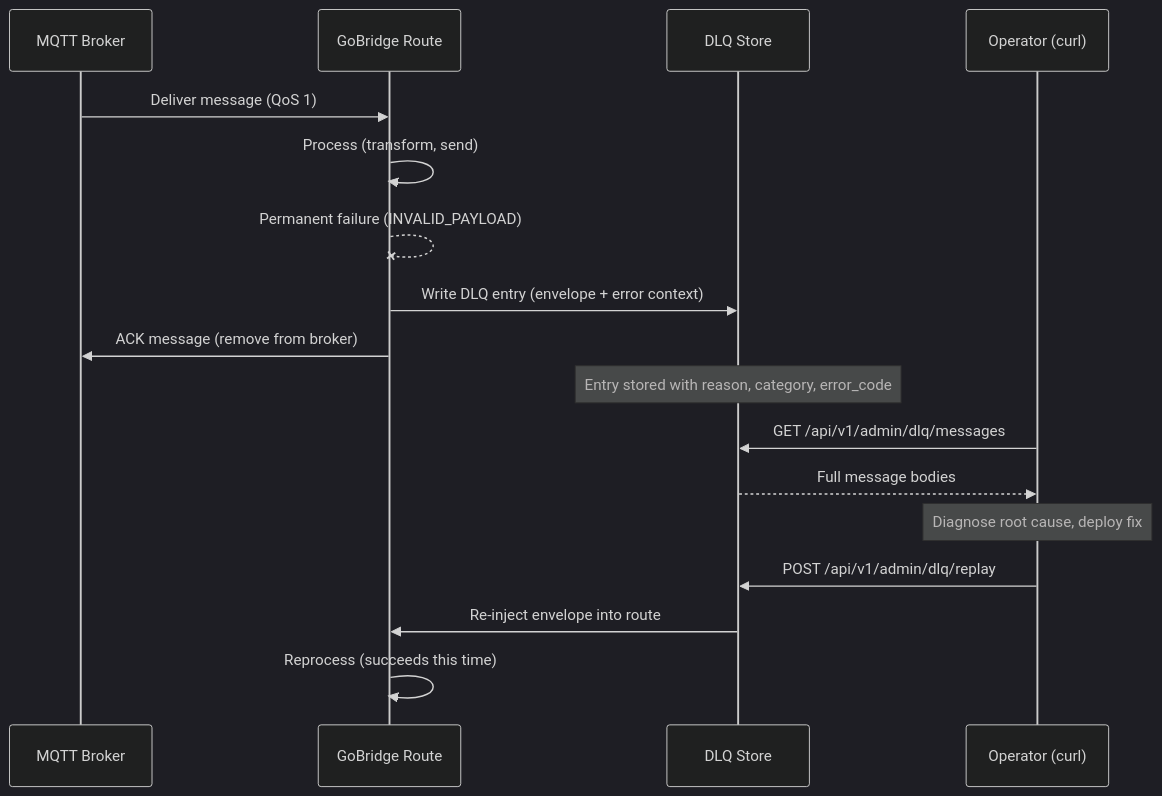
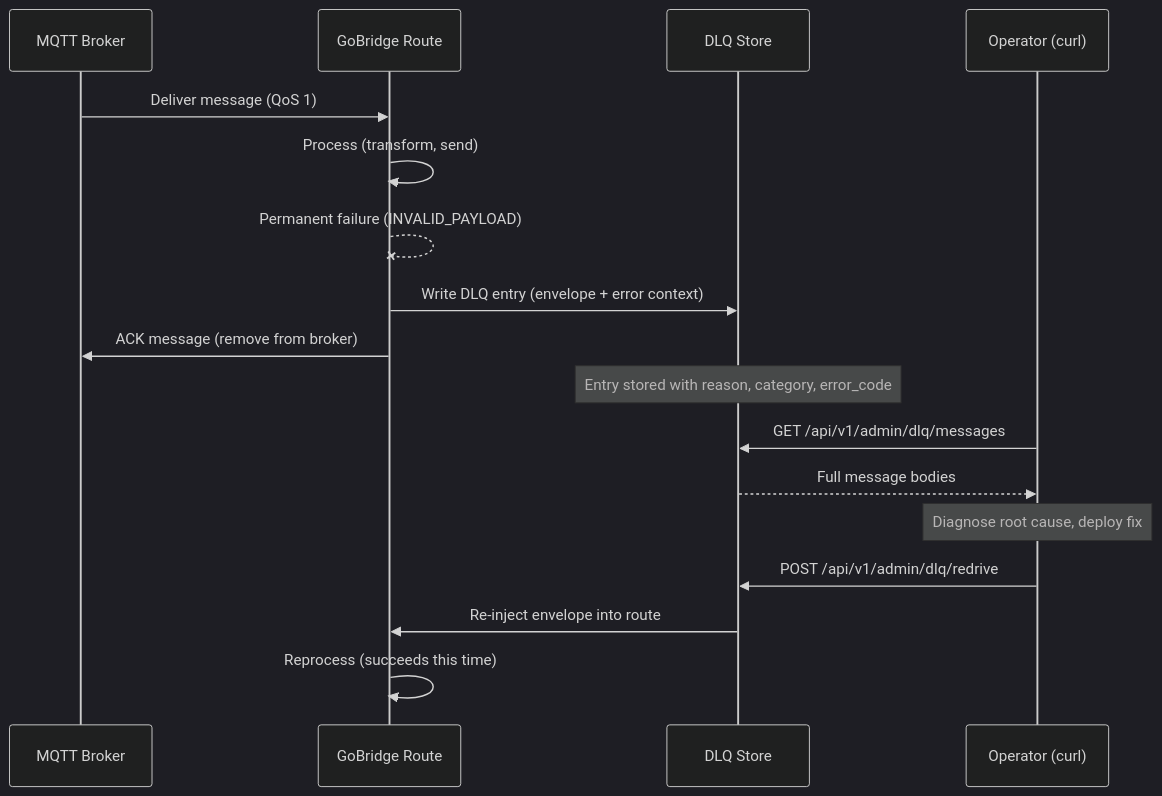
One commit to mariotoffia/gobridge changed the second of 3 diagrams in docs/scenarios/07-dlq-with-http-api.md. Above: the diagram before and after it, drawn with Mermaid (dark theme). The commit also changed other lines of this file and 305 other files, not shown here.

````diff
--- a/docs/scenarios/07-dlq-with-http-api.md
+++ b/docs/scenarios/07-dlq-with-http-api.md
@@ -197,22 +199,22 @@
 ```mermaid
 sequenceDiagram
     participant M as MQTT Broker
     participant B as GoBridge Route
     participant D as DLQ Store
     participant O as Operator (curl)
 
     M->>B: Deliver message (QoS 1)
     B->>B: Process (transform, send)
     B--xB: Permanent failure (INVALID_PAYLOAD)
     B->>D: Write DLQ entry (envelope + error context)
     B->>M: ACK message (remove from broker)
 
     Note over D: Entry stored with reason, category, error_code
 
     O->>D: GET /api/v1/admin/dlq/messages
     D-->>O: Full message bodies
     Note over O: Diagnose root cause, deploy fix
-    O->>D: POST /api/v1/admin/dlq/replay
+    O->>D: POST /api/v1/admin/dlq/redrive
     D->>B: Re-inject envelope into route
     B->>B: Reprocess (succeeds this time)
 ```
````
